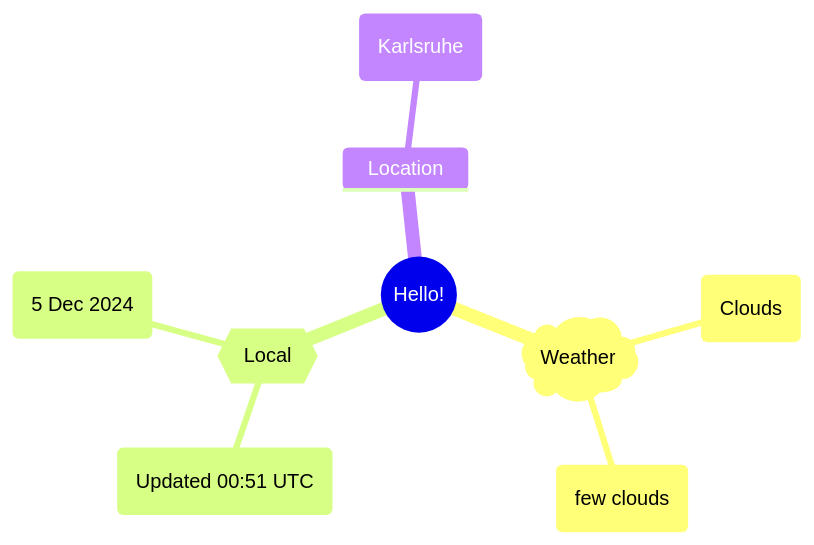
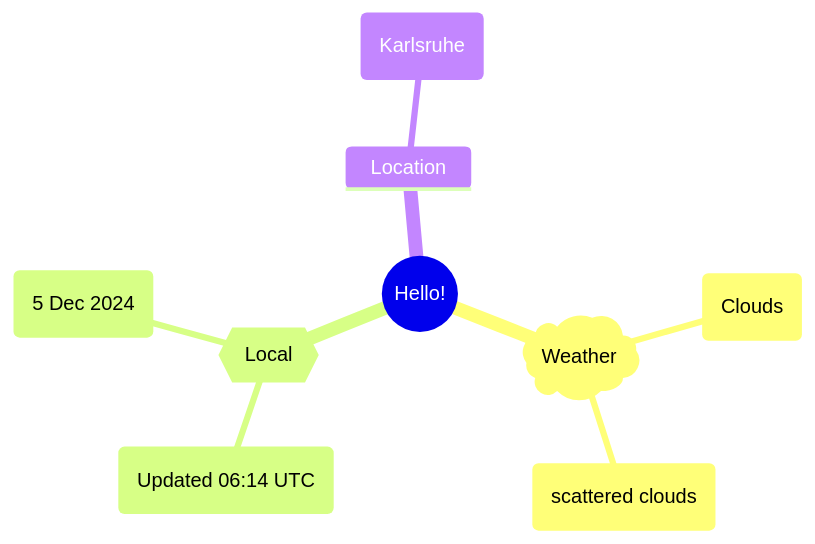
One commit to Xosrov/Xosrov changed the first of 2 diagrams in README.md. Above: the diagram before and after it, drawn with Mermaid.

Commit message:
[bot] updated images

````diff
--- a/README.md
+++ b/README.md
@@ -3,12 +3,12 @@
 ```mermaid
 mindmap
   root((Hello!))
     )Weather(
         (Clouds)
-        (few clouds)
+        (scattered clouds)
     {{Local}}
-        (Updated 00:51 UTC)
+        (Updated 06:14 UTC)
         (5 Dec 2024)
     Location
         (Karlsruhe)
 ```
````
